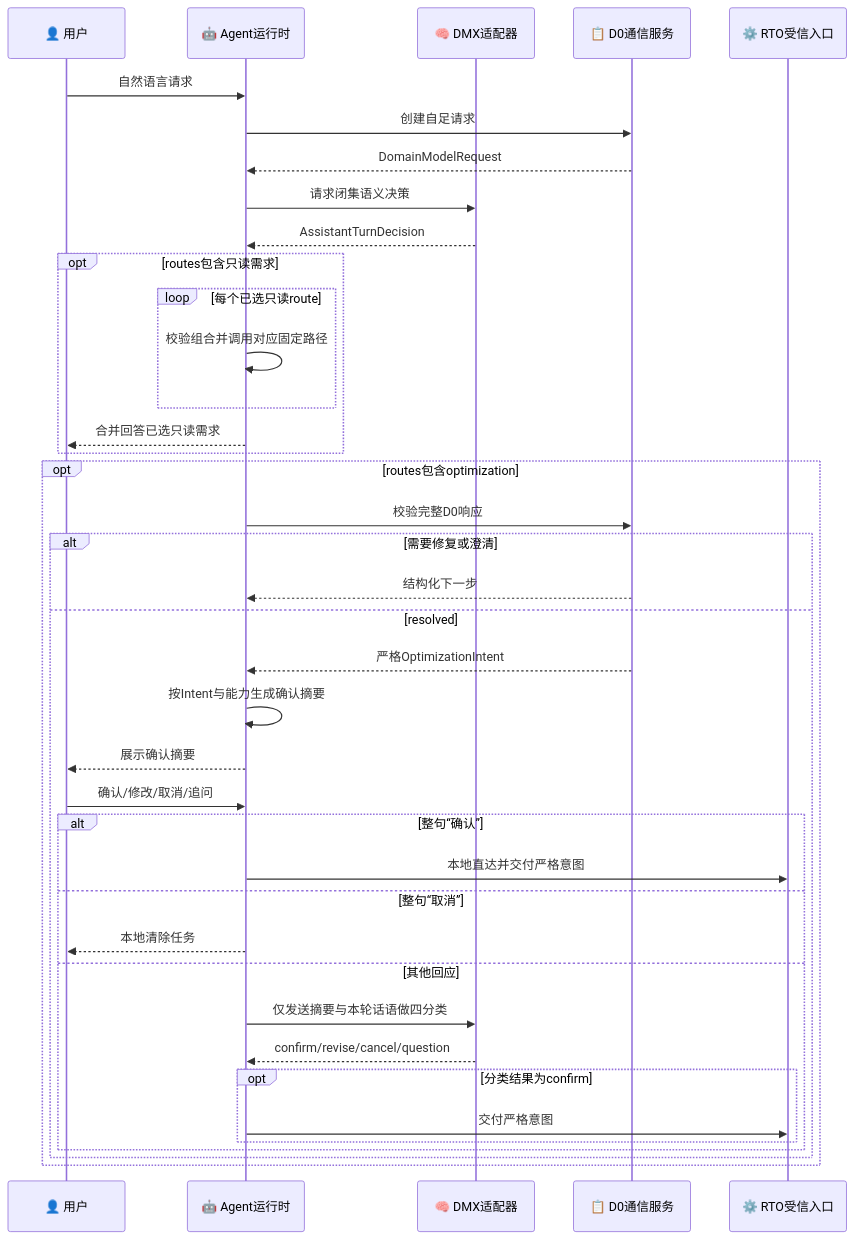
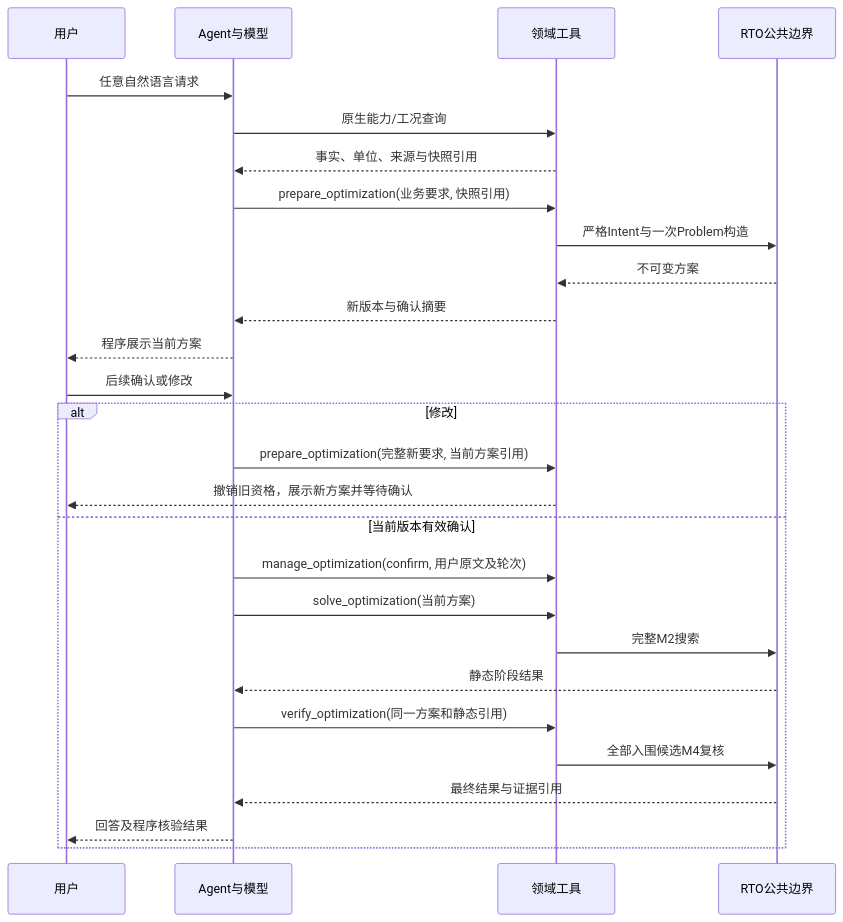
The diagram in docs/rto/02_垂域模型与RTO通信协议.md (lvguima/petroleum_rto_agent), drawn with Mermaid before and after one commit. The commit also changed other lines of this file and 40 other files, not shown here.

````diff
--- a/docs/rto/02_垂域模型与RTO通信协议.md
+++ b/docs/rto/02_垂域模型与RTO通信协议.md
@@ -74,47 +22,31 @@
 ```mermaid
 sequenceDiagram
-    accTitle: 自然语言到严格意图和确认
-    accDescr: Agent把用户文本放入自足请求，DMX只返回一个或多个闭集语义需求；优化分支严格校验D0意图后由程序生成摘要，下一轮整句“确认”可本地直达执行。
-
-    participant user as 👤 用户
-    participant runtime as 🤖 Agent运行时
-    participant adapter as 🧠 DMX适配器
-    participant d0 as 📋 D0通信服务
-    participant rto as ⚙️ RTO受信入口
-
-    user->>runtime: 自然语言请求
-    runtime->>d0: 创建自足请求
-    d0-->>runtime: DomainModelRequest
-    runtime->>adapter: 请求闭集语义决策
-    adapter-->>runtime: AssistantTurnDecision
-
-    opt routes包含只读需求
-        loop 每个已选只读route
-            runtime->>runtime: 校验组合并调用对应固定路径
-        end
-        runtime-->>user: 合并回答已选只读需求
-    end
-
-    opt routes包含optimization
-        runtime->>d0: 校验完整D0响应
-        alt 需要修复或澄清
-            d0-->>runtime: 结构化下一步
-        else resolved
-            d0-->>runtime: 严格OptimizationIntent
-            runtime->>runtime: 按Intent与能力生成确认摘要
-            runtime-->>user: 展示确认摘要
-            user->>runtime: 确认/修改/取消/追问
-            alt 整句“确认”
-                runtime->>rto: 本地直达并交付严格意图
-            else 整句“取消”
-                runtime-->>user: 本地清除任务
-            else 其他回应
-                runtime->>adapter: 仅发送摘要与本轮话语做四分类
-                adapter-->>runtime: confirm/revise/cancel/question
-                opt 分类结果为confirm
-                    runtime->>rto: 交付严格意图
-                end
-            end
-        end
+    accTitle: 原生工具与快照绑定的优化调用
+    accDescr: 模型自行查询工况和准备问题，程序展示方案，后续用户确认后执行同一问题的完整静态搜索与动态复核。
+    participant U as 用户
+    participant A as Agent与模型
+    participant T as 领域工具
+    participant R as RTO公共边界
+    U->>A: 任意自然语言请求
+    A->>T: 原生能力/工况查询
+    T-->>A: 事实、单位、来源与快照引用
+    A->>T: prepare_optimization(业务要求, 快照引用)
+    T->>R: 严格Intent与一次Problem构造
+    R-->>T: 不可变方案
+    T-->>A: 新版本与确认摘要
+    A-->>U: 程序展示当前方案
+    U->>A: 后续确认或修改
+    alt 修改
+        A->>T: prepare_optimization(完整新要求, 当前方案引用)
+        T-->>U: 撤销旧资格，展示新方案并等待确认
+    else 当前版本有效确认
+        A->>T: manage_optimization(confirm, 用户原文及轮次)
+        A->>T: solve_optimization(当前方案)
+        T->>R: 完整M2搜索
+        R-->>A: 静态阶段结果
+        A->>T: verify_optimization(同一方案和静态引用)
+        T->>R: 全部入围候选M4复核
+        R-->>A: 最终结果与证据引用
+        A-->>U: 回答及程序核验结果
     end
 ```
````
